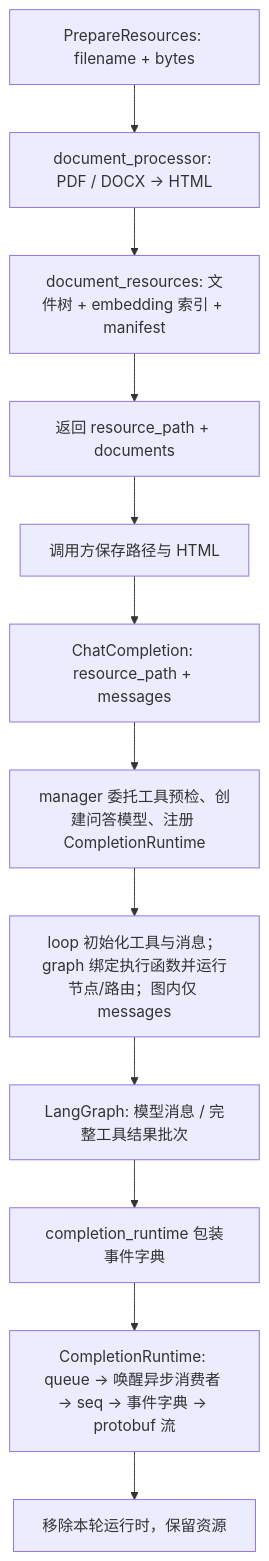
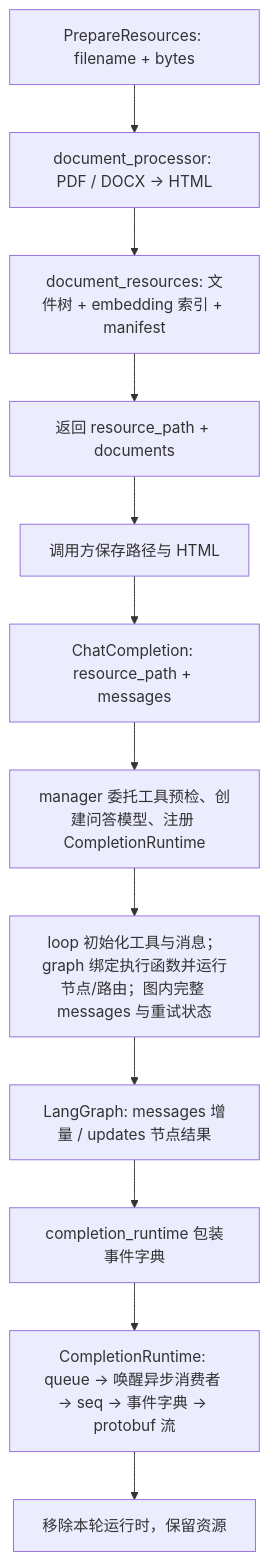
One commit to ADChahaha/TraceAgent changed the first of 3 diagrams in agent/service/file_extraction_agent/docs/flowchart.md. Above: the diagram before and after it, drawn with Mermaid. The commit also changed other lines of this file and 32 other files, not shown here.

````diff
--- a/agent/service/file_extraction_agent/docs/flowchart.md
+++ b/agent/service/file_extraction_agent/docs/flowchart.md
@@ -5,14 +5,14 @@
 ```mermaid
 flowchart TD
     A["PrepareResources: filename + bytes"] --> B["document_processor: PDF / DOCX → HTML"]
     B --> C["document_resources: 文件树 + embedding 索引 + manifest"]
     C --> D["返回 resource_path + documents"]
     D --> E["调用方保存路径与 HTML"]
     E --> F["ChatCompletion: resource_path + messages"]
     F --> G["manager 委托工具预检、创建问答模型、注册 CompletionRuntime"]
-    G --> H["loop 初始化工具与消息；graph 绑定执行函数并运行节点/路由；图内仅 messages"]
-    H --> I["LangGraph: 模型消息 / 完整工具结果批次"]
+    G --> H["loop 初始化工具与消息；graph 绑定执行函数并运行节点/路由；图内完整 messages 与重试状态"]
+    H --> I["LangGraph: messages 增量 / updates 节点结果"]
     I --> J["completion_runtime 包装事件字典"]
     J --> K["CompletionRuntime: queue → 唤醒异步消费者 → seq → 事件字典 → protobuf 流"]
     K --> L["移除本轮运行时，保留资源"]
 ```
````
